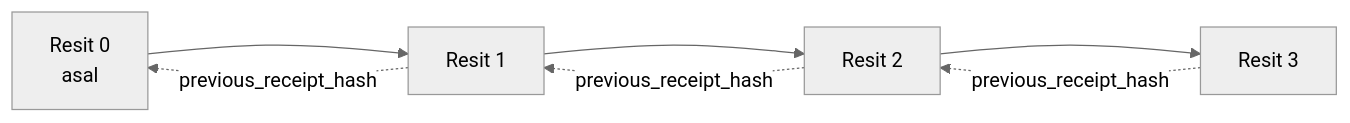
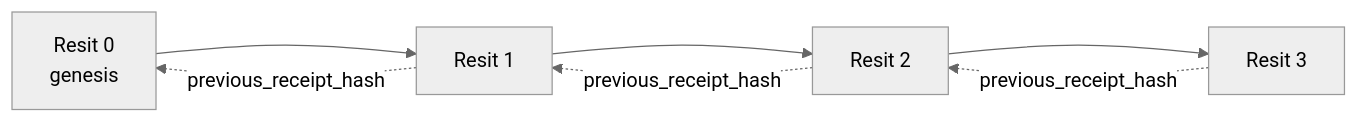
One commit to microsoft/ai-agents-for-beginners changed the second of 2 diagrams in translations/ms/18-securing-ai-agents/README.md. Above: the diagram before and after it, drawn with Mermaid (neutral theme). The commit also changed other lines of this file and 222 other files, not shown here.

````diff
--- a/translations/ms/18-securing-ai-agents/README.md
+++ b/translations/ms/18-securing-ai-agents/README.md
@@ -206,9 +206,9 @@
 ```mermaid
 flowchart LR
-    R0[Resit 0<br/>asal] --> R1[Resit 1]
+    R0[Resit 0<br/>genesis] --> R1[Resit 1]
     R1 --> R2[Resit 2]
     R2 --> R3[Resit 3]
     R1 -. previous_receipt_hash .-> R0
     R2 -. previous_receipt_hash .-> R1
     R3 -. previous_receipt_hash .-> R2
 ```
````
